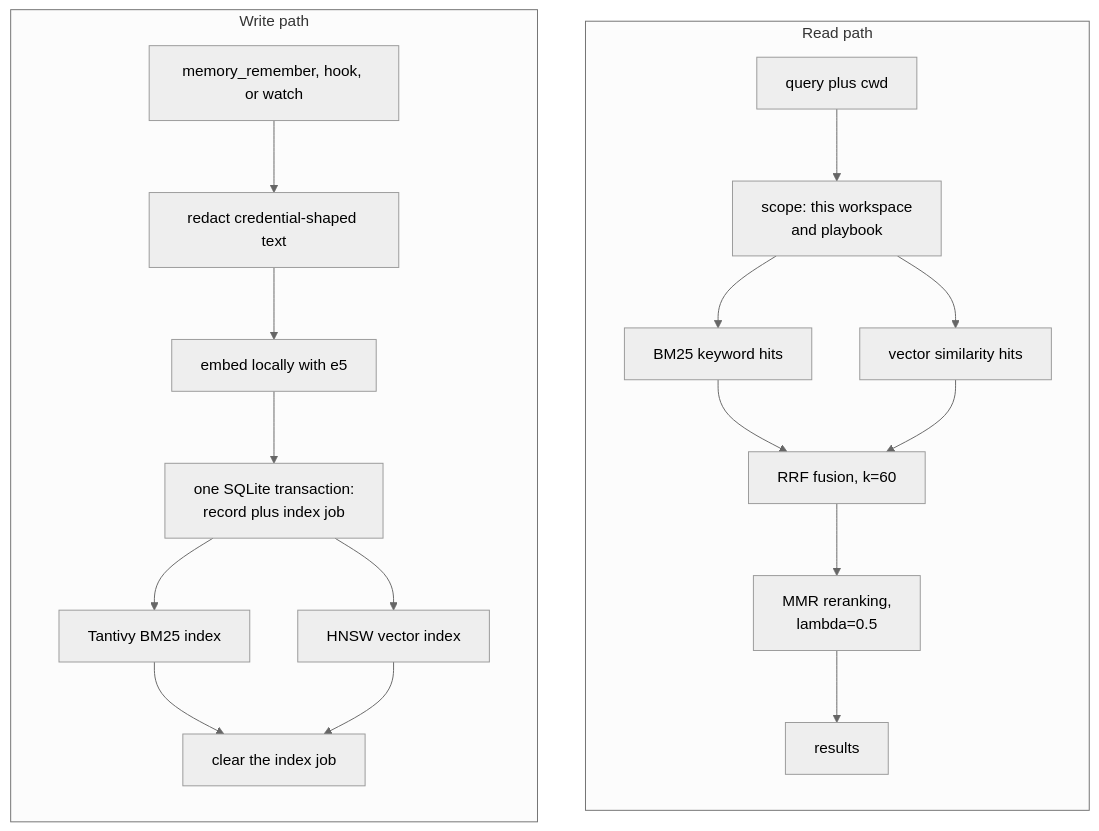
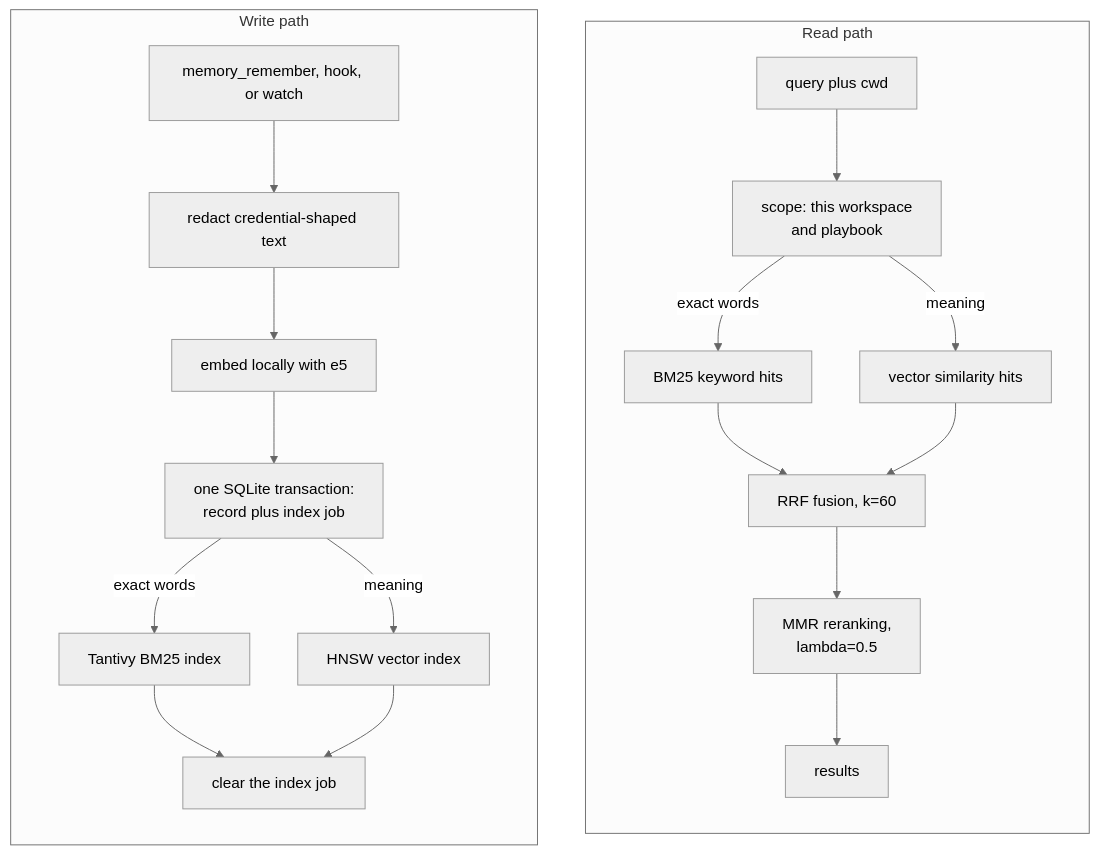
One commit to Blue-B/memnest changed the first of 2 diagrams in README.md. Above: the diagram before and after it, drawn with Mermaid (neutral theme). The commit also changed other lines of this file and 24 other files, not shown here.

````diff
--- a/README.md
+++ b/README.md
@@ -31,24 +31,24 @@
 ```mermaid
 flowchart TD
     subgraph read["Read path"]
         direction TB
         R1["query plus cwd"] --> R2["scope: this workspace<br/>and playbook"]
-        R2 --> R3["BM25 keyword hits"]
-        R2 --> R4["vector similarity hits"]
+        R2 -->|"exact words"| R3["BM25 keyword hits"]
+        R2 -->|"meaning"| R4["vector similarity hits"]
         R3 --> R5["RRF fusion, k=60"]
         R4 --> R5
         R5 --> R6["MMR reranking,<br/>lambda=0.5"]
         R6 --> R7["results"]
     end
 
     subgraph write["Write path"]
         direction TB
         W1["memory_remember, hook, or watch"] --> W2["redact credential-shaped text"]
         W2 --> W3["embed locally with e5"]
         W3 --> W4["one SQLite transaction:<br/>record plus index job"]
-        W4 --> W5["Tantivy BM25 index"]
-        W4 --> W6["HNSW vector index"]
+        W4 -->|"exact words"| W5["Tantivy BM25 index"]
+        W4 -->|"meaning"| W6["HNSW vector index"]
         W5 --> W7["clear the index job"]
         W6 --> W7
     end
 ```
````
